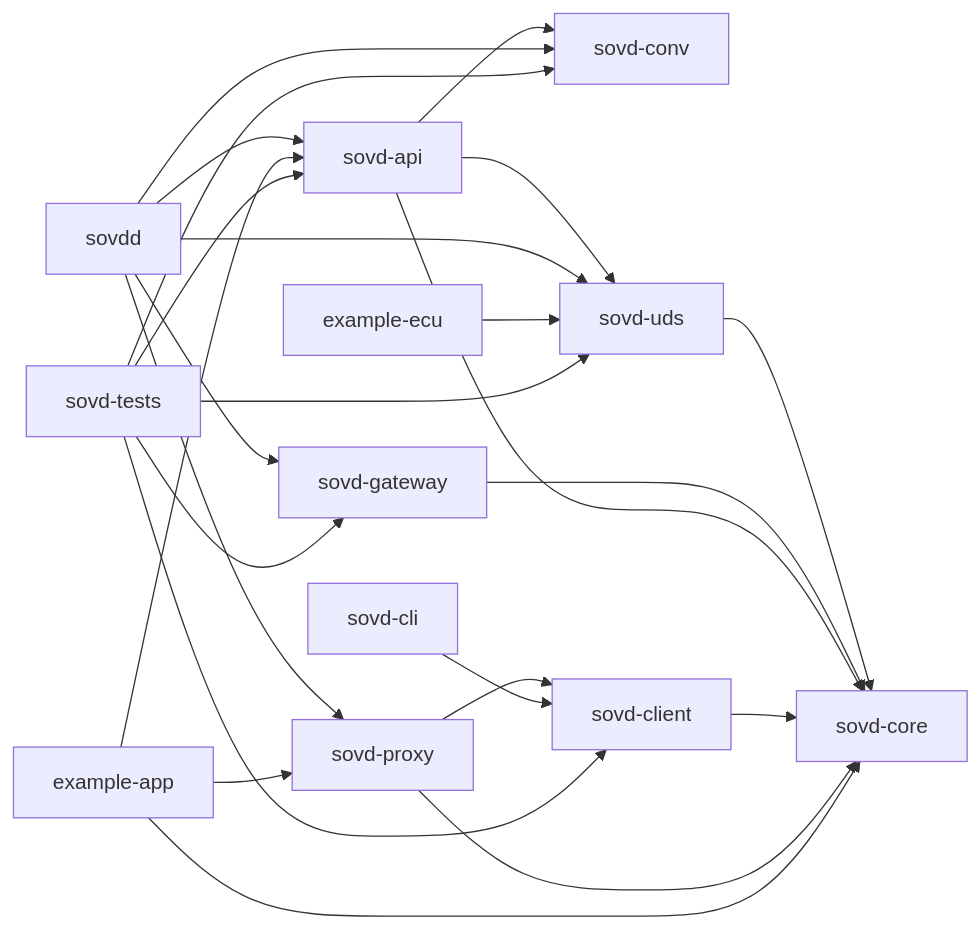
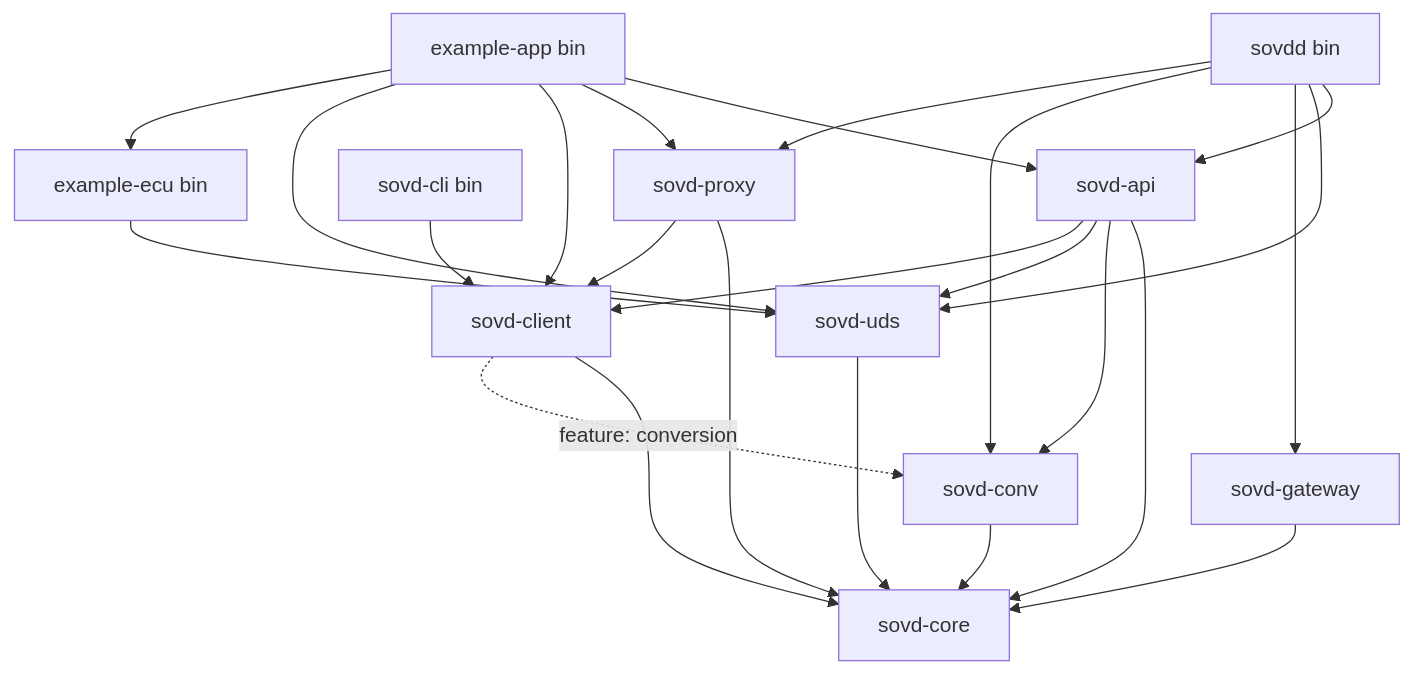
Before and after one commit to sdv-playground/SOVDd: the diagram in ARCHITECTURE.md, drawn with Mermaid. The commit also changed other lines of this file and 3 other files, not shown here.

````diff
--- a/ARCHITECTURE.md
+++ b/ARCHITECTURE.md
@@ -354,39 +81,27 @@
 ```mermaid
-graph LR
-    CORE[sovd-core]
-    CONV[sovd-conv]
-    UDS[sovd-uds]
-    GW[sovd-gateway]
-    API[sovd-api]
-    CLIENT[sovd-client]
-    PROXY[sovd-proxy]
-    SOVDD[sovdd]
-    CLI[sovd-cli]
-    TECU[example-ecu]
-    TSGW[example-app]
-    TESTS[sovd-tests]
-
-    UDS --> CORE
-    GW --> CORE
-    API --> CORE
-    API --> CONV
-    API --> UDS
-    CLIENT --> CORE
-    PROXY --> CORE
-    PROXY --> CLIENT
-    SOVDD --> API
-    SOVDD --> UDS
-    SOVDD --> GW
-    SOVDD --> CONV
-    SOVDD --> PROXY
-    CLI --> CLIENT
-    TECU --> UDS
-    TSGW --> API
-    TSGW --> PROXY
-    TSGW --> CORE
-    TESTS --> API
-    TESTS --> UDS
-    TESTS --> GW
-    TESTS --> CONV
-    TESTS --> CLIENT
+graph TD
+    core[sovd-core]
+    conv[sovd-conv] --> core
+    uds[sovd-uds] --> core
+    gw[sovd-gateway] --> core
+    client[sovd-client] --> core
+    client -. "feature: conversion" .-> conv
+    proxy[sovd-proxy] --> core
+    proxy --> client
+    api[sovd-api] --> core
+    api --> conv
+    api --> uds
+    api --> client
+    sovdd[sovdd bin] --> api
+    sovdd --> uds
+    sovdd --> gw
+    sovdd --> conv
+    sovdd --> proxy
+    cli[sovd-cli bin] --> client
+    eecu[example-ecu bin] --> uds
+    eapp[example-app bin] --> api
+    eapp --> proxy
+    eapp --> client
+    eapp --> uds
+    eapp --> eecu
 ```
````
